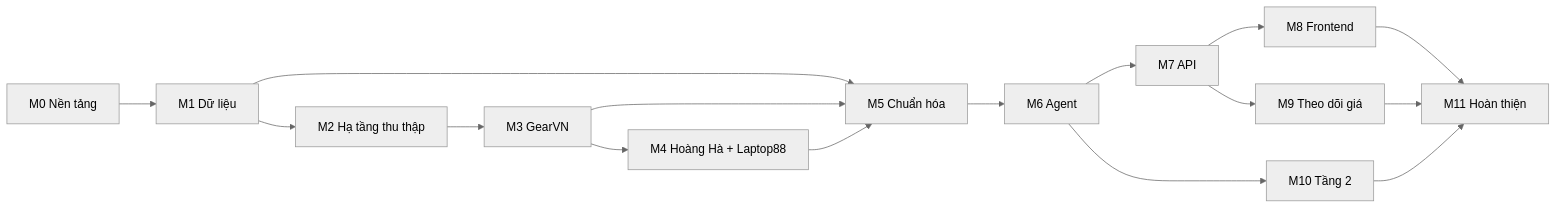
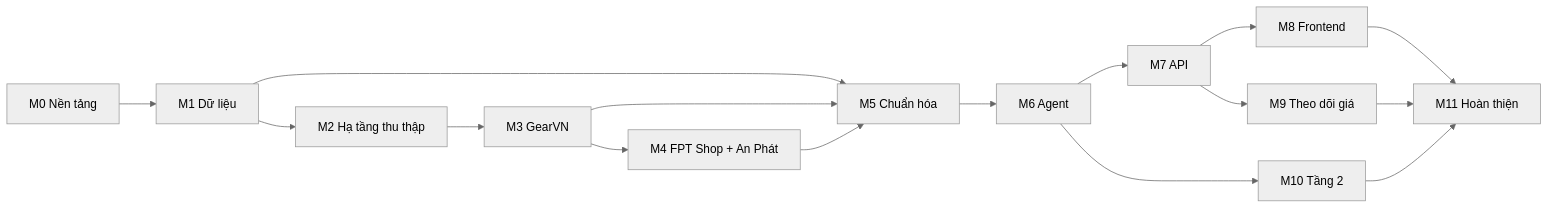
Before and after one commit to VUTIENTHANG2k4/product-buyer-agent: the diagram in docs/11-roadmap-backlog.md, drawn with Mermaid (neutral theme). The commit also changed other lines of this file and 17 other files, not shown here.

Commit message:
docs(T4.0): replace Hoang Ha and Laptop88 with FPT Shop and An Phat (ADR-0008)

````diff
--- a/docs/11-roadmap-backlog.md
+++ b/docs/11-roadmap-backlog.md
@@ -50,14 +50,14 @@
 ```mermaid
 flowchart LR
   M0[M0 Nền tảng] --> M1[M1 Dữ liệu] --> M2[M2 Hạ tầng thu thập]
-  M2 --> M3[M3 GearVN] --> M4[M4 Hoàng Hà + Laptop88]
+  M2 --> M3[M3 GearVN] --> M4[M4 FPT Shop + An Phát]
   M1 --> M5[M5 Chuẩn hóa]
   M3 --> M5
   M4 --> M5
   M5 --> M6[M6 Agent] --> M7[M7 API] --> M8[M8 Frontend]
   M7 --> M9[M9 Theo dõi giá]
   M6 --> M10[M10 Tầng 2]
   M8 --> M11[M11 Hoàn thiện]
   M9 --> M11
   M10 --> M11
 ```
````
